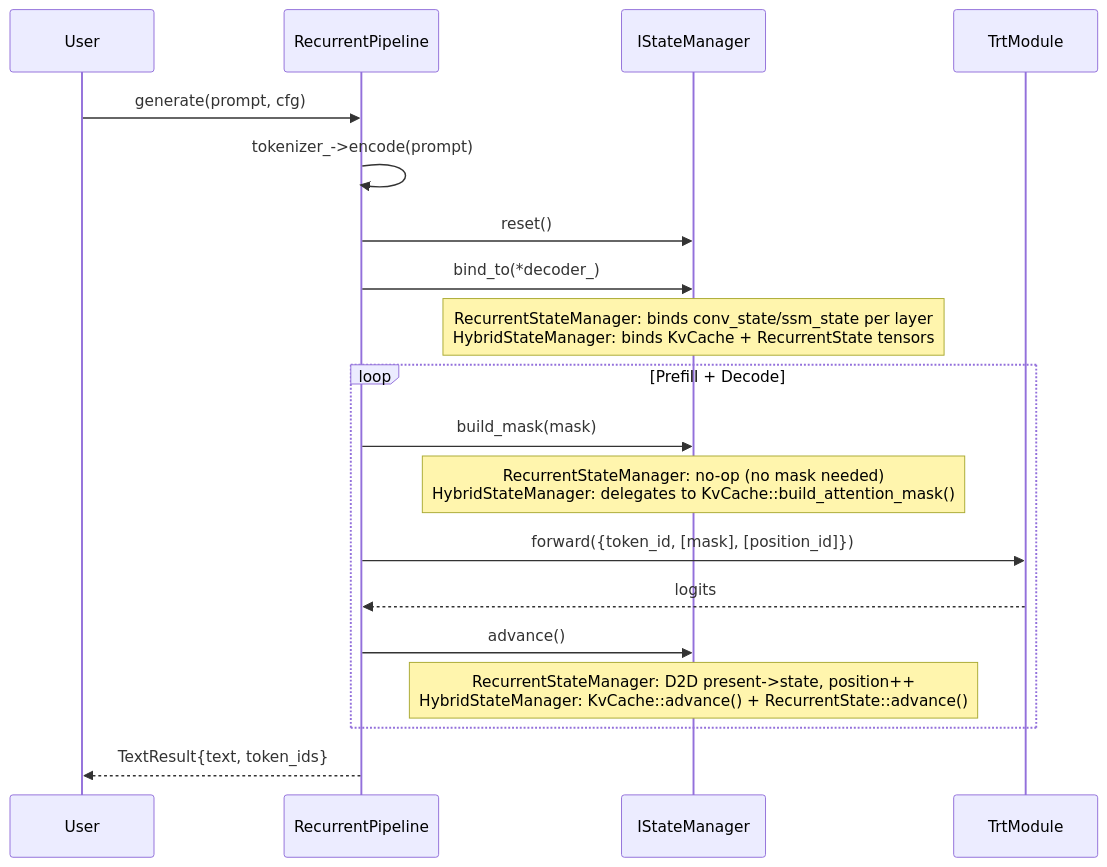
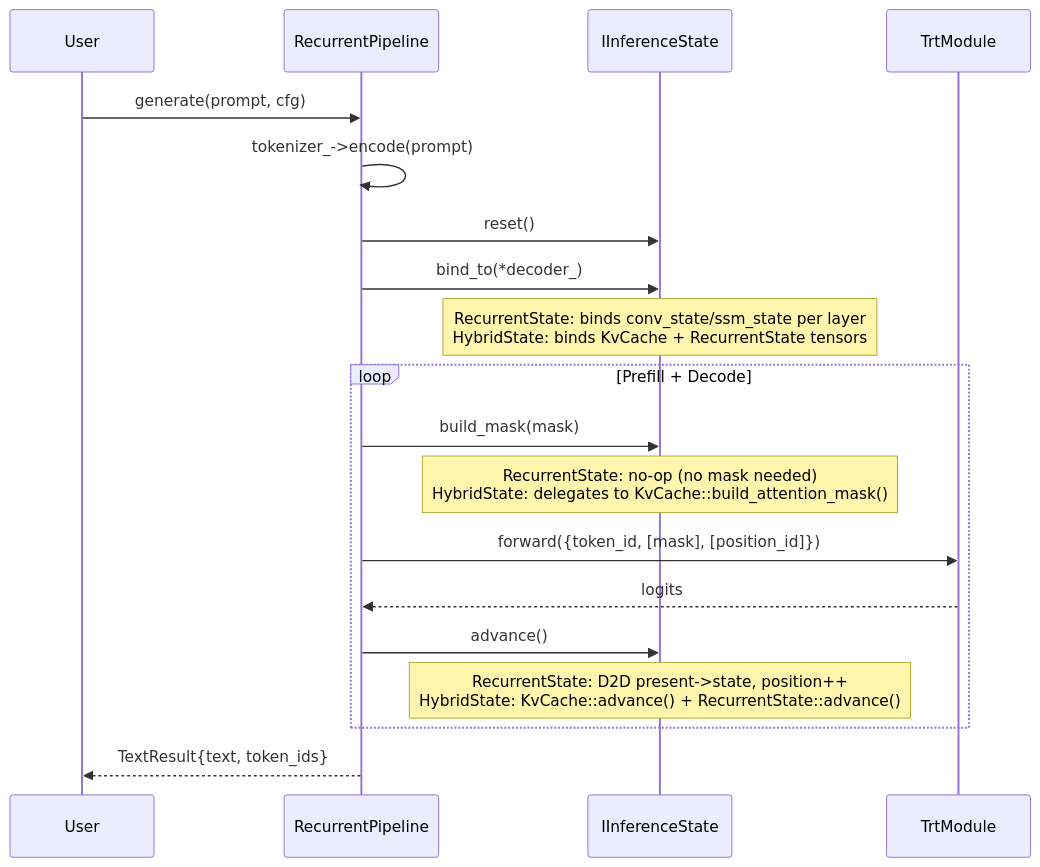
The fourth of 8 diagrams in docs/wiki/Dynamic-Design.md (AbishekCoder1/TensorRT-Model-Connect), drawn with Mermaid before and after one commit. The commit also changed other lines of this file and 126 other files, not shown here.

````diff
--- a/docs/wiki/Dynamic-Design.md
+++ b/docs/wiki/Dynamic-Design.md
@@ -203,22 +195,22 @@
 ```mermaid
 sequenceDiagram
     participant User
     participant RP as RecurrentPipeline
-    participant SM as IStateManager
+    participant SM as IInferenceState
     participant Module as TrtModule
 
     User->>RP: generate(prompt, cfg)
     RP->>RP: tokenizer_->encode(prompt)
     RP->>SM: reset()
     RP->>SM: bind_to(*decoder_)
-    Note over SM: RecurrentStateManager: binds conv_state/ssm_state per layer<br/>HybridStateManager: binds KvCache + RecurrentState tensors
+    Note over SM: RecurrentState: binds conv_state/ssm_state per layer<br/>HybridState: binds KvCache + RecurrentState tensors
     loop Prefill + Decode
         RP->>SM: build_mask(mask)
-        Note over SM: RecurrentStateManager: no-op (no mask needed)<br/>HybridStateManager: delegates to KvCache::build_attention_mask()
+        Note over SM: RecurrentState: no-op (no mask needed)<br/>HybridState: delegates to KvCache::build_attention_mask()
         RP->>Module: forward({token_id, [mask], [position_id]})
         Module-->>RP: logits
         RP->>SM: advance()
-        Note over SM: RecurrentStateManager: D2D present->state, position++<br/>HybridStateManager: KvCache::advance() + RecurrentState::advance()
+        Note over SM: RecurrentState: D2D present->state, position++<br/>HybridState: KvCache::advance() + RecurrentState::advance()
     end
     RP-->>User: TextResult{text, token_ids}
 ```
````
